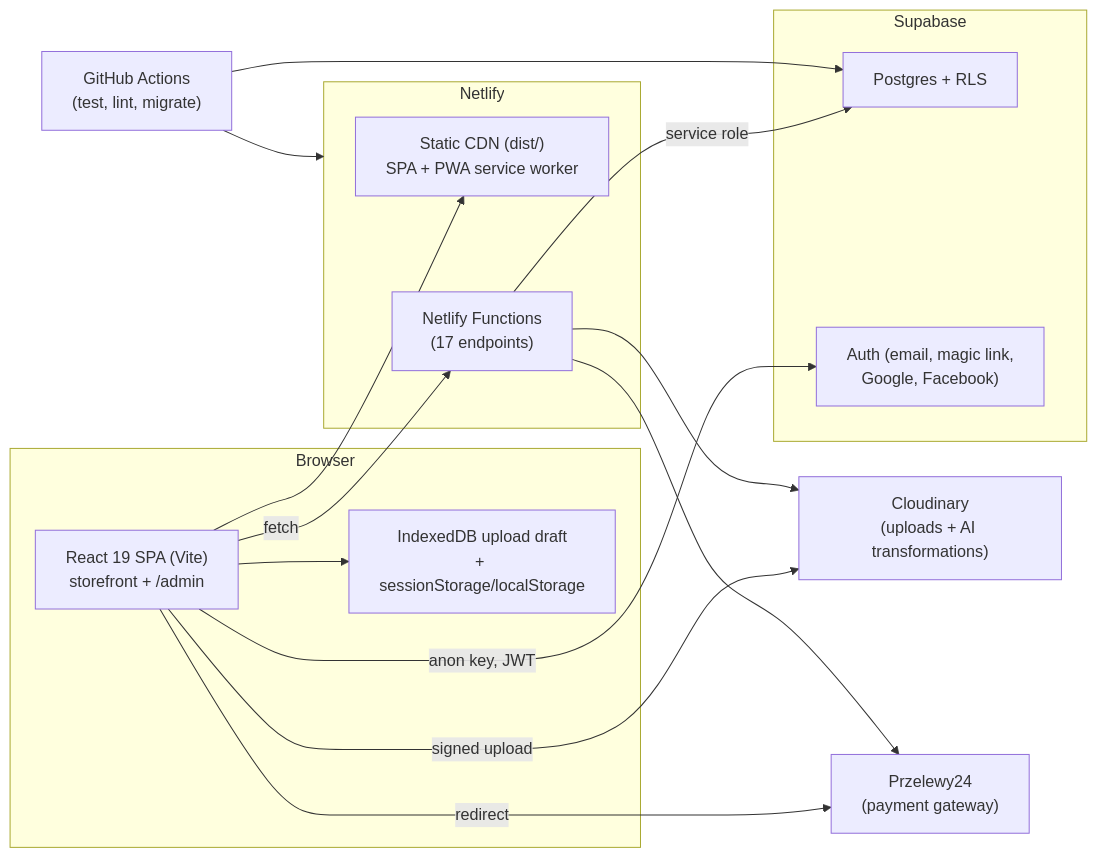
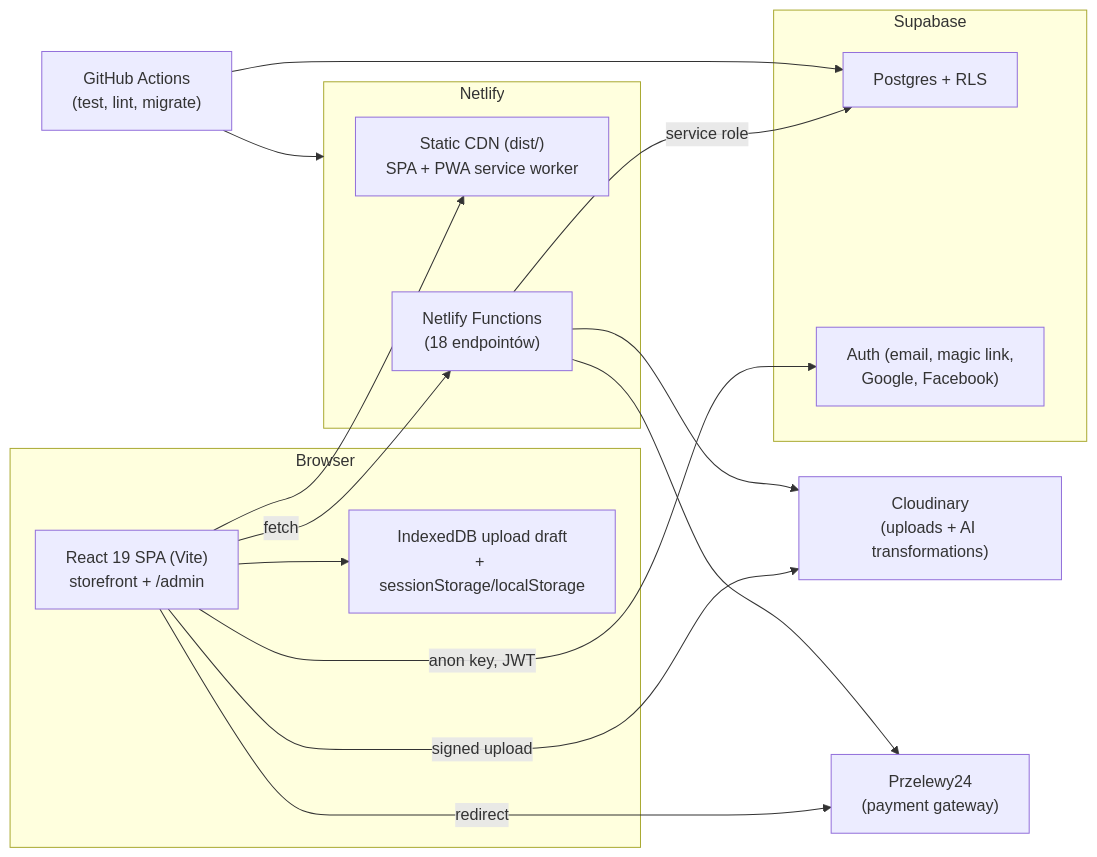
The diagram in docs/tech-summary.pl.md (jpietrzyk/tuus-imago), drawn with Mermaid before and after one commit. The commit also changed other lines of this file and 7 other files, not shown here.

````diff
--- a/docs/tech-summary.pl.md
+++ b/docs/tech-summary.pl.md
@@ -22,30 +22,30 @@
 ```mermaid
 flowchart LR
   subgraph Browser
     SPA["React 19 SPA (Vite)\nstorefront + /admin"]
     IDB["IndexedDB upload draft\n+ sessionStorage/localStorage"]
   end
   subgraph Netlify
     CDN["Static CDN (dist/)\nSPA + PWA service worker"]
-    FN["Netlify Functions\n(17 endpoints)"]
+    FN["Netlify Functions\n(18 endpointów)"]
   end
   subgraph Supabase
     PG["Postgres + RLS"]
     AUTH["Auth (email, magic link,\nGoogle, Facebook)"]
   end
   CL["Cloudinary\n(uploads + AI transformations)"]
   P24["Przelewy24\n(payment gateway)"]
   GH["GitHub Actions\n(test, lint, migrate)"]
 
   SPA --> CDN
   SPA --> IDB
   SPA -->|anon key, JWT| AUTH
   SPA -->|fetch| FN
   SPA -->|signed upload| CL
   SPA -->|redirect| P24
   FN -->|service role| PG
   FN --> CL
   FN --> P24
   GH --> Netlify
   GH --> PG
 ```
````
